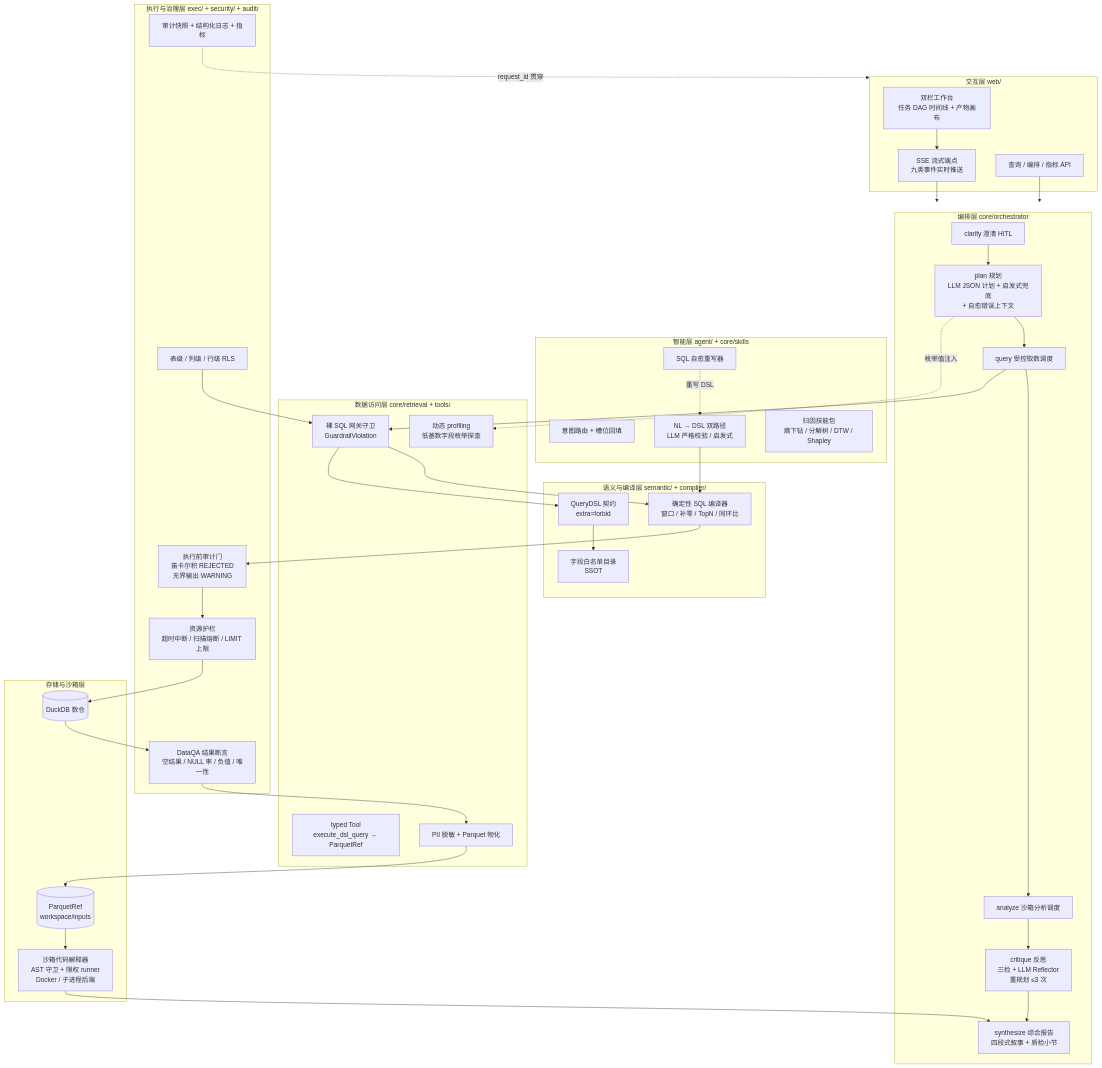
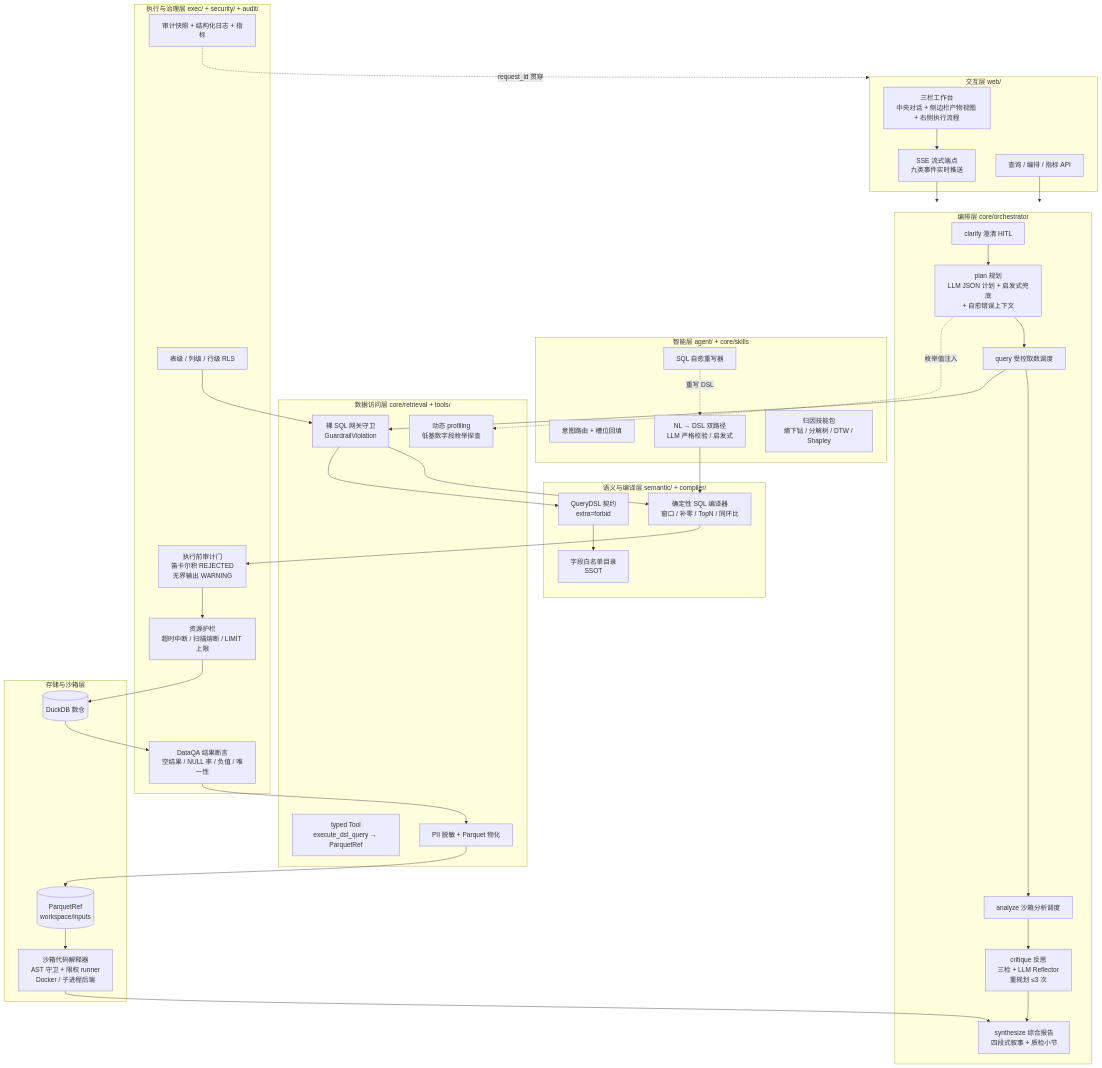
One commit to Cwentor/DataAgent changed the second of 4 diagrams in docs/architecture.md. Above: the diagram before and after it, drawn with Mermaid. The commit also changed other lines of this file and 2 other files, not shown here.

Commit message:
docs(web): 同步三栏工作台布局描述——README/api/architecture

````diff
--- a/docs/architecture.md
+++ b/docs/architecture.md
@@ -47,65 +47,65 @@
 ```mermaid
 flowchart TB
     subgraph L1[交互层 web/]
-        WEBUI[双栏工作台<br>任务 DAG 时间线 + 产物画布]
+        WEBUI[三栏工作台<br>中央对话 + 侧边栏产物视图 + 右侧执行流程]
         SSE[SSE 流式端点<br>九类事件实时推送]
         API[查询 / 编排 / 指标 API]
     end
 
     subgraph L2[编排层 core/orchestrator]
         CLARIFY[clarify 澄清 HITL]
         PLAN[plan 规划<br>LLM JSON 计划 + 启发式兜底<br>+ 自愈错误上下文]
         QUERY[query 受控取数调度]
         ANALYZE[analyze 沙箱分析调度]
         CRITIC[critique 反思<br>三检 + LLM Reflector<br>重规划 ≤3 次]
         SYNTH[synthesize 综合报告<br>四段式叙事 + 质检小节]
     end
 
     subgraph L3[智能层 agent/ + core/skills]
         ROUTER[意图路由 + 槽位回填]
         NL2DSL[NL → DSL 双路径<br>LLM 严格校验 / 启发式]
         HEAL[SQL 自愈重写器]
         SKILLS[归因技能包<br>熵下钻 / 分解树 / DTW / Shapley]
     end
 
     subgraph L4[数据访问层 core/retrieval + tools/]
         GW[裸 SQL 网关守卫<br>GuardrailViolation]
         PROF[动态 profiling<br>低基数字段枚举探查]
         TOOL[typed Tool<br>execute_dsl_query → ParquetRef]
         EXPORT[PII 脱敏 + Parquet 物化]
     end
 
     subgraph L5[语义与编译层 semantic/ + compiler/]
         CATALOG[字段白名单目录<br>SSOT]
         DSLC[QueryDSL 契约<br>extra=forbid]
         CMP[确定性 SQL 编译器<br>窗口 / 补零 / TopN / 同环比]
     end
 
     subgraph L6[执行与治理层 exec/ + security/ + audit/]
         GAUD[执行前审计门<br>笛卡尔积 REJECTED<br>无界输出 WARNING]
         EXECG[资源护栏<br>超时中断 / 扫描熔断 / LIMIT 上限]
         QA[DataQA 结果断言<br>空结果 / NULL 率 / 负值 / 唯一性]
         RLS[表级 / 列级 / 行级 RLS]
         OBS[审计快照 + 结构化日志 + 指标]
     end
 
     subgraph L7[存储与沙箱层]
         DB[(DuckDB 数仓)]
         SBX2[沙箱代码解释器<br>AST 守卫 + 限权 runner<br>Docker / 子进程后端]
         PQ[(ParquetRef<br>workspace/inputs)]
     end
 
     WEBUI --> SSE --> L2
     API --> L2
     CLARIFY --> PLAN --> QUERY --> ANALYZE --> CRITIC --> SYNTH
     QUERY --> GW --> CMP
     PLAN -.->|枚举值注入| PROF
     GW --> DSLC --> CATALOG
     CMP --> GAUD --> EXECG --> DB
     DB --> QA --> EXPORT --> PQ --> SBX2
     SBX2 --> SYNTH
     NL2DSL --> CMP
     HEAL -.->|重写 DSL| NL2DSL
     RLS --> GW
     OBS -.->|request_id 贯穿| L1
 ```
````
